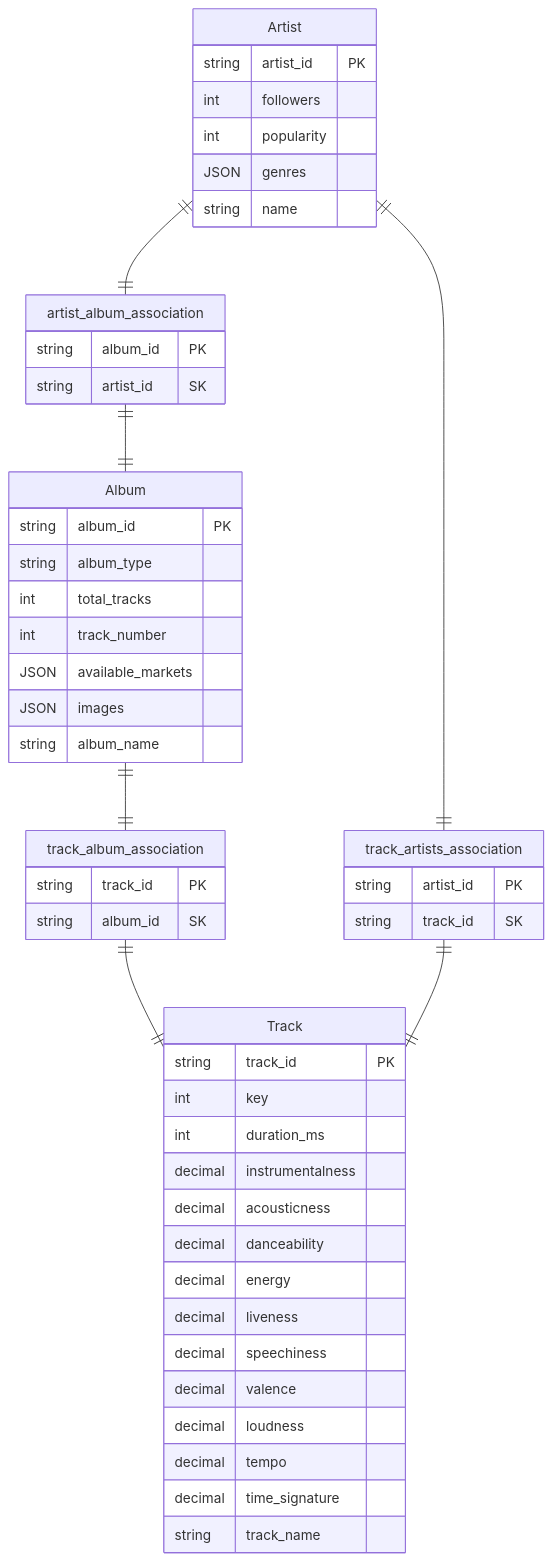
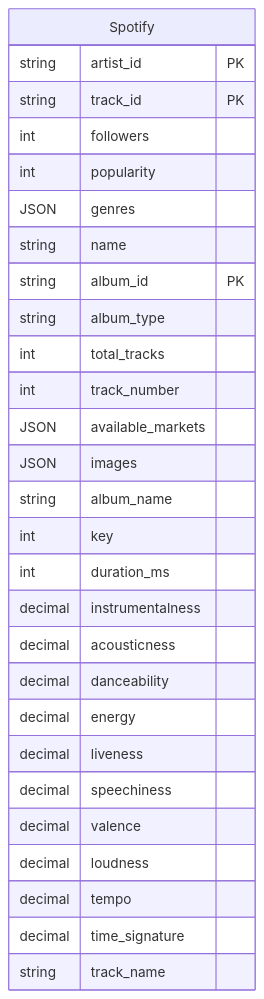
One commit to michaelareyes/608-spotify-app changed the third of 3 diagrams in flowchart.md. Above: the diagram before and after it, drawn with Mermaid. The commit also changed other lines of this file and 1 other file, not shown here.

Commit message:
Update ERD and run.sh

````diff
--- a/flowchart.md
+++ b/flowchart.md
@@ -58,69 +57,43 @@
 ```mermaid
 
 %%{init: {
   "theme": "default",
   "themeCSS": [
     ".er.relationshipLabel { fill: black; }", 
     ".er.relationshipLabelBox { fill: white; }", 
-    "[id^=entity-Artist] .er.entityBox { fill: pink; }",
-    "[id^=entity-Album] .er.entityBox { fill: lightgreen;} ",
-    "[id^=entity-Track] .er.entityBox { fill: powderblue;} "
+    "[id^=entity-Spotify] .er.entityBox { fill: pink; }"
     ]
 }}%%
 erDiagram
-    Artist ||--|| artist_album_association:""
-    artist_album_association ||--|| Album: ""
+    Spotify 
 
-    Album ||--|| track_album_association: ""
-    track_album_association ||--|| Track: ""
-
-    Artist ||--|| track_artists_association: ""
-    track_artists_association ||--|| Track: ""
-
-    Artist {
+    Spotify {
         string artist_id "PK"
+        string track_id "PK"
         int followers ""
         int popularity ""
         JSON genres ""
         string name ""
-    }
-    artist_album_association {
-        string album_id "PK"
-        string artist_id "SK"
-    }
-    Album {
         string album_id "PK"
         string album_type ""
         int total_tracks ""
         int track_number ""
         JSON available_markets ""
         JSON images ""
         string album_name ""
-    }
-    track_album_association {
-        string track_id "PK"
-        string album_id "SK"
-    }
-    track_artists_association {
-        string artist_id "PK"
-        string track_id "SK"
-    }
-    Track {
-        string track_id "PK"
         int key ""
         int duration_ms ""
         decimal instrumentalness ""
         decimal acousticness ""
         decimal danceability ""
         decimal energy ""
         decimal liveness ""
         decimal speechiness ""
         decimal valence ""
         decimal loudness ""
         decimal tempo ""
         decimal time_signature ""
         string track_name ""
     }
-
     
 ```
````
